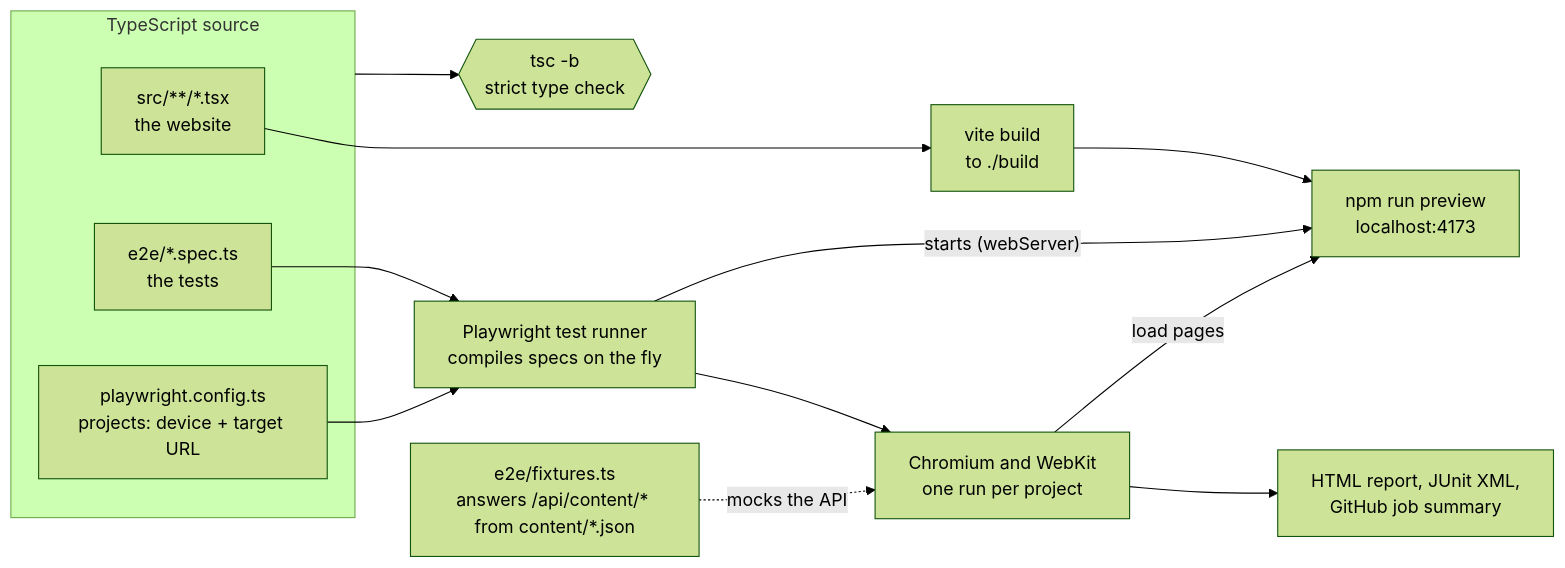
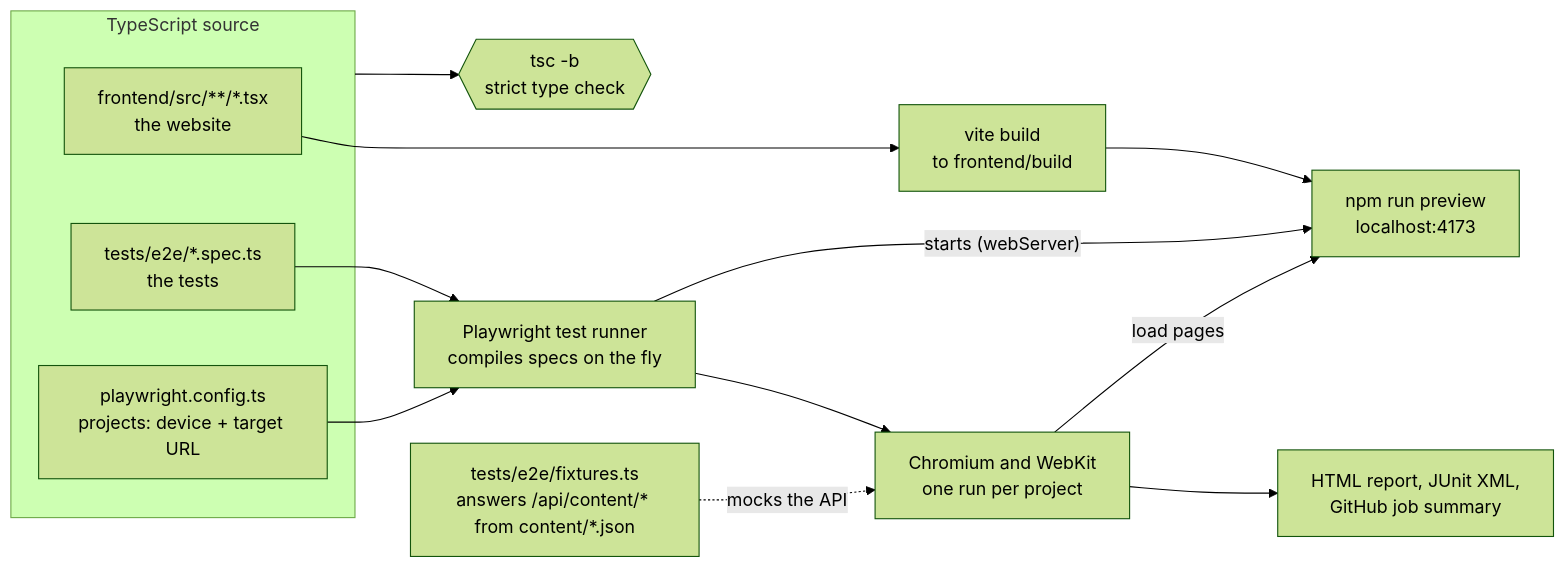
The second of 4 diagrams in docs/testing.md (shane24sweeney/aboutshane), drawn with Mermaid (forest theme) before and after one commit. The commit also changed other lines of this file and 137 other files, not shown here.

First line of the commit message:
Separate the frontend, backend and tests into their own folders

````diff
--- a/docs/testing.md
+++ b/docs/testing.md
@@ -93,19 +95,19 @@
 ```mermaid
 flowchart LR
   subgraph code["TypeScript source"]
-    app["src/**/*.tsx<br/>the website"]
-    specs["e2e/*.spec.ts<br/>the tests"]
+    app["frontend/src/**/*.tsx<br/>the website"]
+    specs["tests/e2e/*.spec.ts<br/>the tests"]
     config["playwright.config.ts<br/>projects: device + target URL"]
   end
 
   code --> tsc{{"tsc -b<br/>strict type check"}}
-  app --> vite["vite build<br/>to ./build"]
+  app --> vite["vite build<br/>to frontend/build"]
   vite --> preview["npm run preview<br/>localhost:4173"]
 
   specs & config --> runner["Playwright test runner<br/>compiles specs on the fly"]
   runner -- "starts (webServer)" --> preview
   runner --> browsers["Chromium and WebKit<br/>one run per project"]
-  fixtures["e2e/fixtures.ts<br/>answers /api/content/* from content/*.json"] -. "mocks the API" .-> browsers
+  fixtures["tests/e2e/fixtures.ts<br/>answers /api/content/* from content/*.json"] -. "mocks the API" .-> browsers
   browsers -- "load pages" --> preview
   browsers --> reports["HTML report, JUnit XML,<br/>GitHub job summary"]
 ```
````
